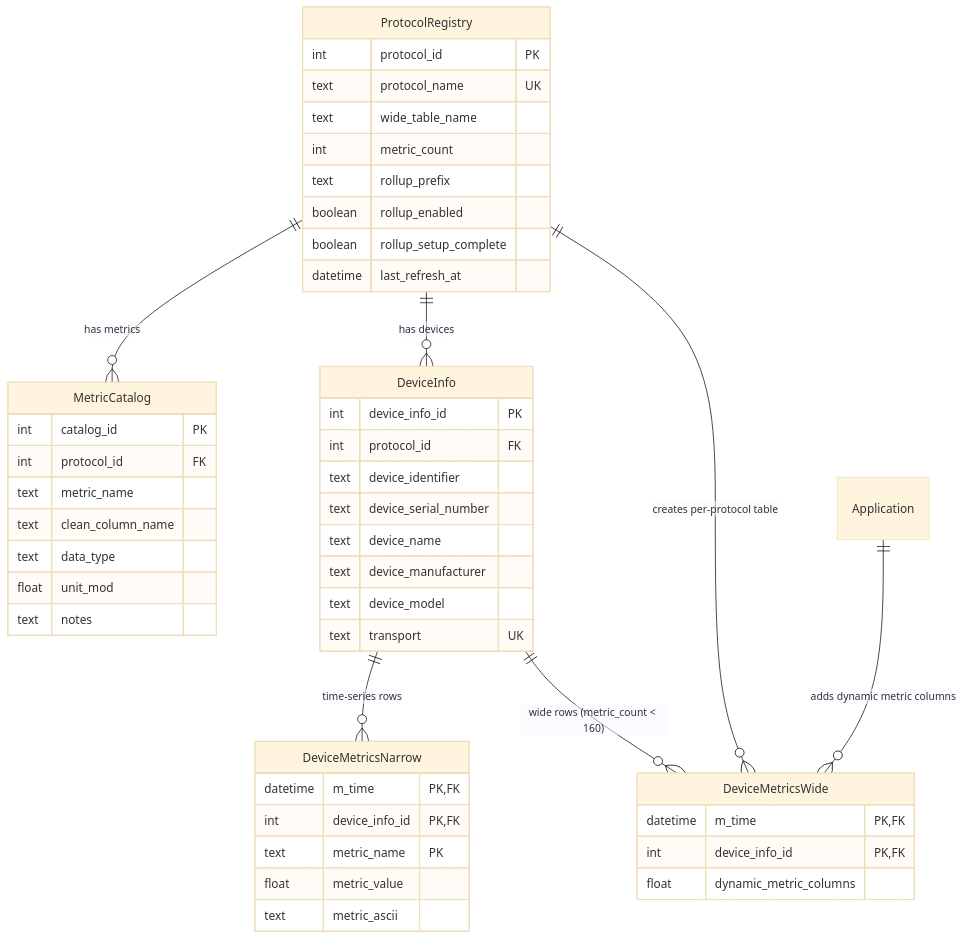
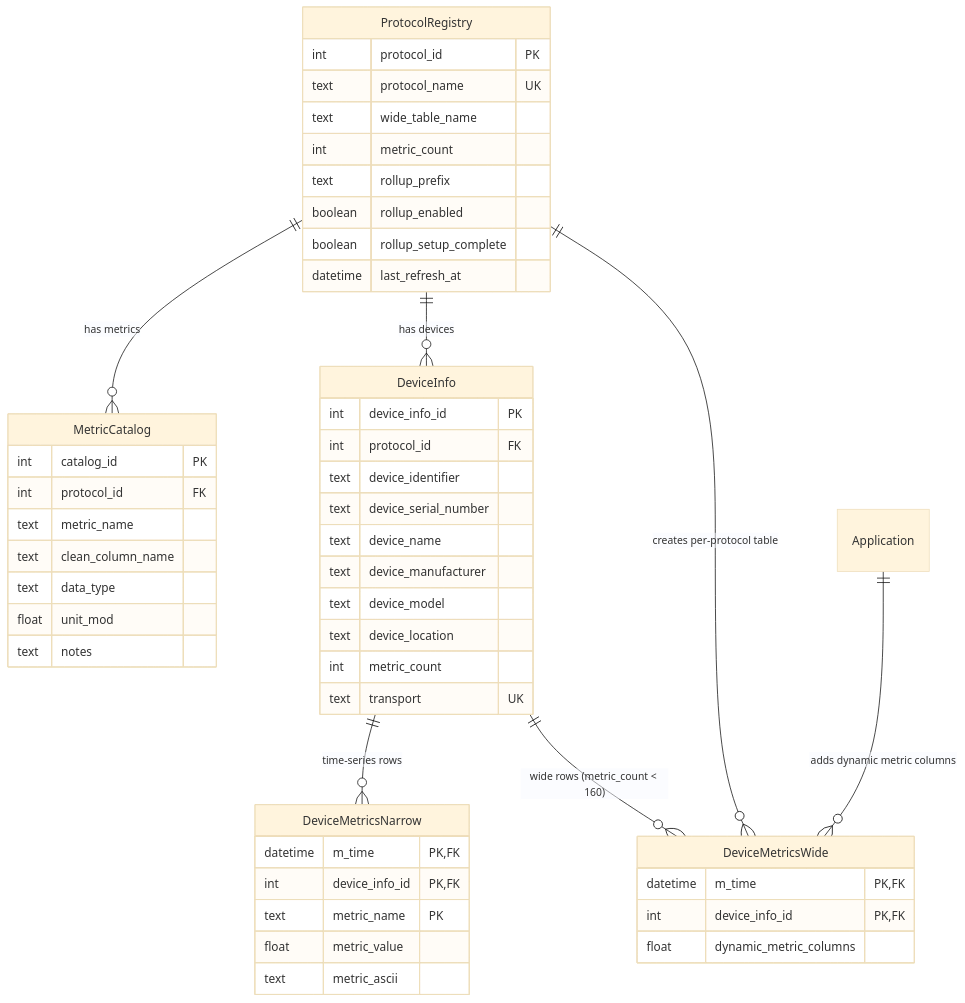
The sixth of 20 diagrams in documentation/architecture/mermaid-diagrams.md (BuxtonCalvin/MultiProtocolGateway), drawn with Mermaid (base theme) before and after one commit. The commit also changed other lines of this file and 7 other files, not shown here.

````diff
--- a/documentation/architecture/mermaid-diagrams.md
+++ b/documentation/architecture/mermaid-diagrams.md
@@ -416,55 +416,57 @@
 ```mermaid
 erDiagram
     ProtocolRegistry {
         int protocol_id PK
         text protocol_name UK
         text wide_table_name
         int metric_count
         text rollup_prefix
         boolean rollup_enabled
         boolean rollup_setup_complete
         datetime last_refresh_at
     }
 
     MetricCatalog {
         int catalog_id PK
         int protocol_id FK
         text metric_name
         text clean_column_name
         text data_type
         float unit_mod
         text notes
     }
 
     DeviceInfo {
         int device_info_id PK
         int protocol_id FK
         text device_identifier
         text device_serial_number
         text device_name
         text device_manufacturer
         text device_model
+        text device_location
+        int metric_count
         text transport UK
     }
 
     DeviceMetricsNarrow {
         datetime m_time PK, FK
         int device_info_id PK, FK
         text metric_name PK
         float metric_value
         text metric_ascii
     }
 
     DeviceMetricsWide {
         datetime m_time PK, FK
         int device_info_id PK, FK
         float dynamic_metric_columns
     }
 
     ProtocolRegistry ||--o{ MetricCatalog : "has metrics"
     ProtocolRegistry ||--o{ DeviceInfo : "has devices"
     DeviceInfo ||--o{ DeviceMetricsNarrow : "time-series rows"
     DeviceInfo ||--o{ DeviceMetricsWide : "wide rows (metric_count &lt; 160)"
     ProtocolRegistry ||--o{ DeviceMetricsWide : "creates per-protocol table"
     Application ||--o{ DeviceMetricsWide : "adds dynamic metric columns"
 ```
````
